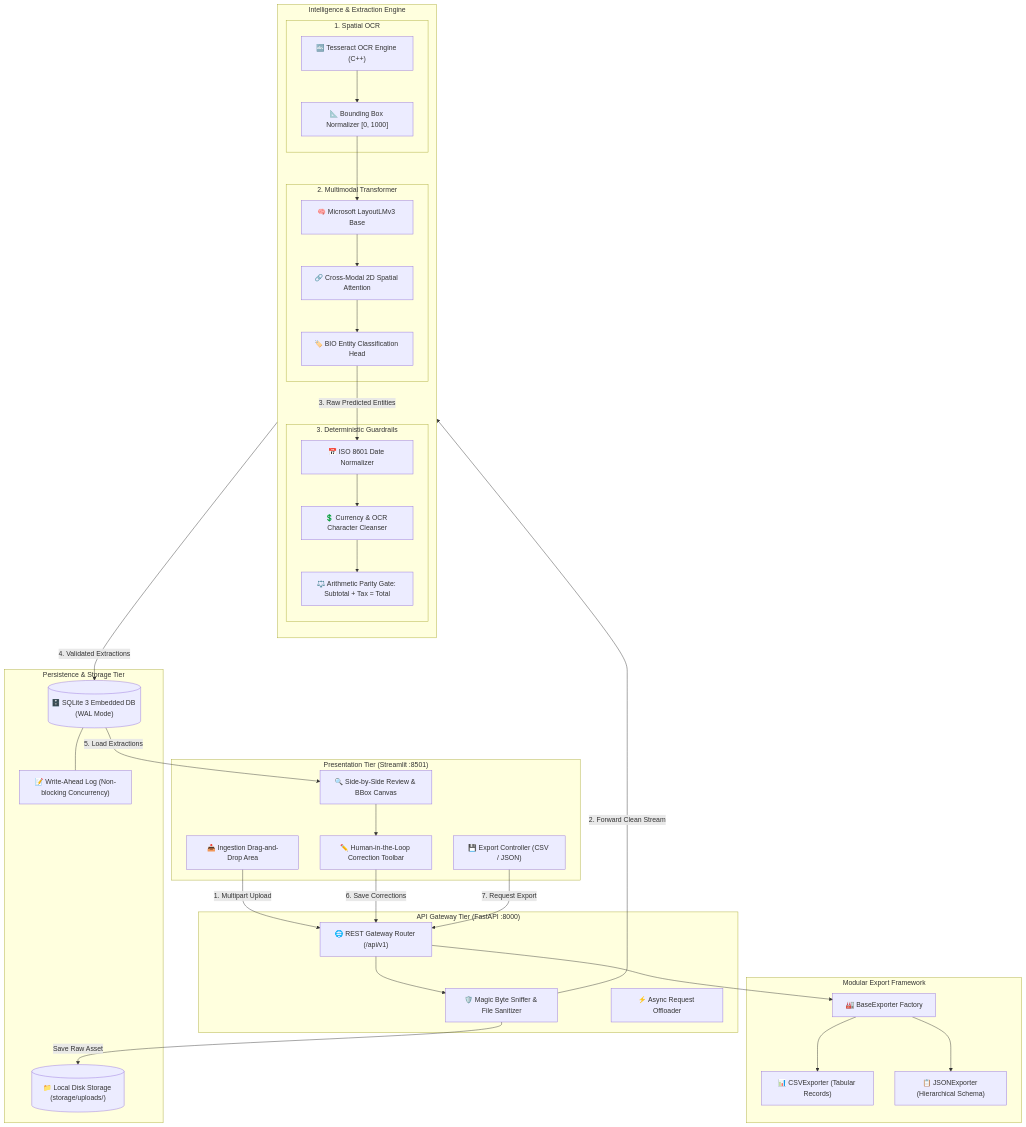
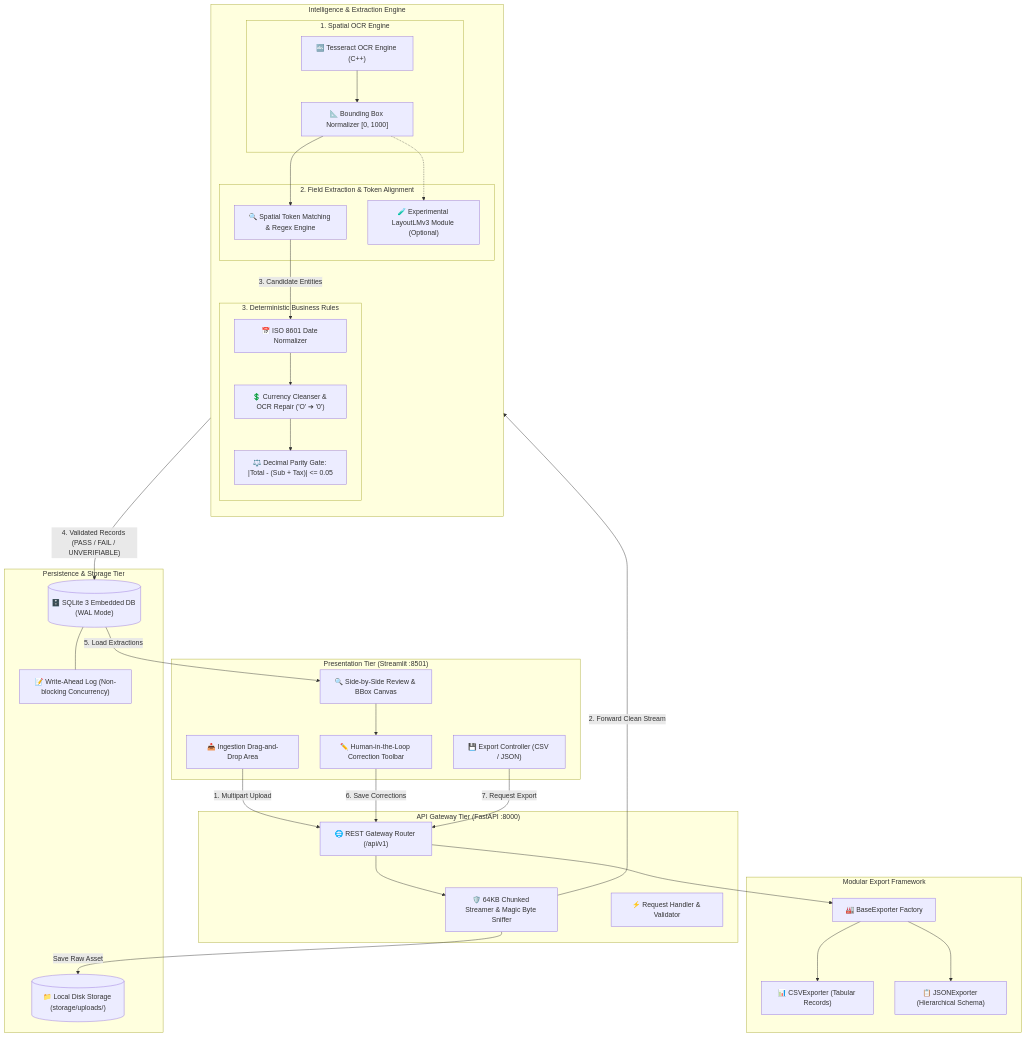
The first of 6 diagrams in README.md (HarshkumarG007/DocuParseAi), drawn with Mermaid before and after one commit. The commit also changed other lines of this file and 3 other files, not shown here.

Commit message:
fix: address audit findings with Decimal math, chunked uploads, real confidences, guarded OCR fallback & honest docs

````diff
--- a/README.md
+++ b/README.md
@@ -103,64 +54,63 @@
 ```mermaid
 flowchart TD
     subgraph UI ["Presentation Tier (Streamlit :8501)"]
         Upload["📥 Ingestion Drag-and-Drop Area"]
         Canvas["🔍 Side-by-Side Review & BBox Canvas"]
         CorrectionUI["✏️ Human-in-the-Loop Correction Toolbar"]
         ExportUI["💾 Export Controller (CSV / JSON)"]
     end
 
     subgraph API ["API Gateway Tier (FastAPI :8000)"]
         Router["🌐 REST Gateway Router (/api/v1)"]
-        Sanitizer["🛡️ Magic Byte Sniffer & File Sanitizer"]
-        Dispatcher["⚡ Async Request Offloader"]
+        Sanitizer["🛡️ 64KB Chunked Streamer & Magic Byte Sniffer"]
+        Dispatcher["⚡ Request Handler & Validator"]
     end
 
     subgraph Pipeline ["Intelligence & Extraction Engine"]
         direction TB
-        subgraph OCRStage ["1. Spatial OCR"]
+        subgraph OCRStage ["1. Spatial OCR Engine"]
             Tesseract["🔤 Tesseract OCR Engine (C++)"]
             Normalizer["📐 Bounding Box Normalizer [0, 1000]"]
         end
-        subgraph MLStage ["2. Multimodal Transformer"]
-            LayoutLM["🧠 Microsoft LayoutLMv3 Base"]
-            Attention["🔗 Cross-Modal 2D Spatial Attention"]
-            BIOTagger["🏷️ BIO Entity Classification Head"]
+        subgraph ExtractionStage ["2. Field Extraction & Token Alignment"]
+            Heuristics["🔍 Spatial Token Matching & Regex Engine"]
+            LayoutLMMOD["🧪 Experimental LayoutLMv3 Module (Optional)"]
         end
-        subgraph RuleStage ["3. Deterministic Guardrails"]
+        subgraph RuleStage ["3. Deterministic Business Rules"]
             DateNorm["📅 ISO 8601 Date Normalizer"]
-            CurrClean["💲 Currency & OCR Character Cleanser"]
-            MathVerifier["⚖️ Arithmetic Parity Gate: Subtotal + Tax = Total"]
+            CurrClean["💲 Currency Cleanser & OCR Repair ('O' ➔ '0')"]
+            MathVerifier["⚖️ Decimal Parity Gate: |Total - (Sub + Tax)| <= 0.05"]
         end
     end
 
     subgraph Storage ["Persistence & Storage Tier"]
         Disk[("📁 Local Disk Storage (storage/uploads/)")]
         SQLite[("🗄️ SQLite 3 Embedded DB (WAL Mode)")]
         WAL["📝 Write-Ahead Log (Non-blocking Concurrency)"]
     end
 
     subgraph ExportEngine ["Modular Export Framework"]
         Factory["🏭 BaseExporter Factory"]
         CSVExp["📊 CSVExporter (Tabular Records)"]
         JSONExp["📋 JSONExporter (Hierarchical Schema)"]
     end
 
     Upload -->|"1. Multipart Upload"| Router
     Router --> Sanitizer
     Sanitizer -->|"Save Raw Asset"| Disk
     Sanitizer -->|"2. Forward Clean Stream"| Tesseract
     Tesseract --> Normalizer
-    Normalizer --> LayoutLM
-    LayoutLM --> Attention --> BIOTagger
-    BIOTagger -->|"3. Raw Predicted Entities"| DateNorm
+    Normalizer --> Heuristics
+    Normalizer -.-> LayoutLMMOD
+    Heuristics -->|"3. Candidate Entities"| DateNorm
     DateNorm --> CurrClean --> MathVerifier
-    MathVerifier -->|"4. Validated Extractions"| SQLite
+    MathVerifier -->|"4. Validated Records (PASS / FAIL / UNVERIFIABLE)"| SQLite
     SQLite --- WAL
     SQLite -->|"5. Load Extractions"| Canvas
     Canvas --> CorrectionUI
     CorrectionUI -->|"6. Save Corrections"| Router
     ExportUI -->|"7. Request Export"| Router
     Router --> Factory
     Factory --> CSVExp
     Factory --> JSONExp
 ```
````
